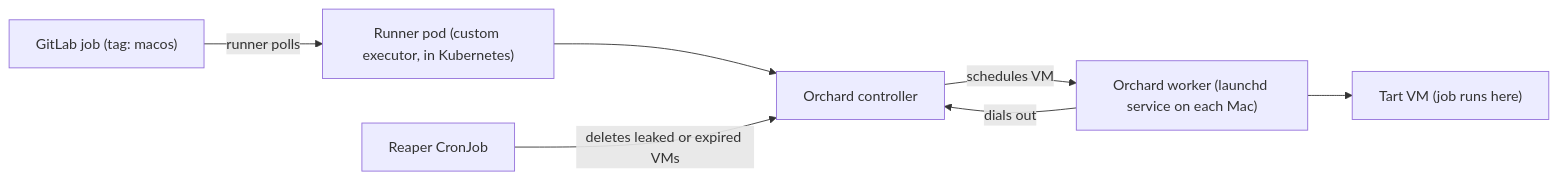
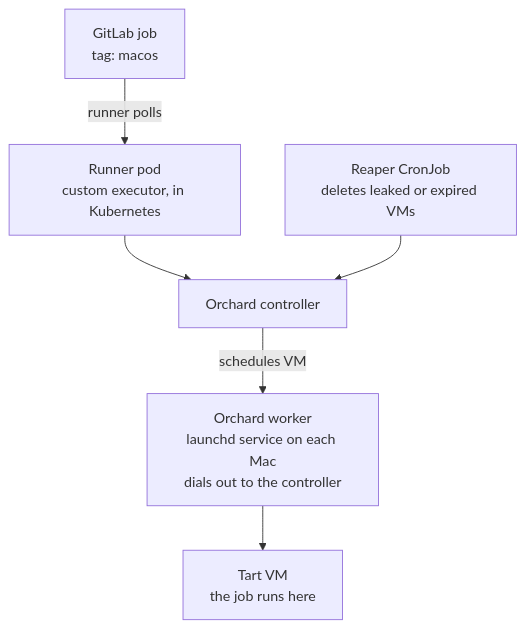
One commit to hairizuanbinnoorazman/blog changed the diagram in content/posts/20261104_macosGitlabRunnerWithOrchardAndTart.md. Above: the diagram before and after it, drawn with Mermaid.

Commit message:
blog: Make macOS runner diagram top-down so it renders larger

```diff
--- a/content/posts/20261104_macosGitlabRunnerWithOrchardAndTart.md
+++ b/content/posts/20261104_macosGitlabRunnerWithOrchardAndTart.md
@@ -31,9 +31,8 @@
 {{<mermaid>}}
-graph LR
-    A["GitLab job (tag: macos)"] -->|"runner polls"| B["Runner pod (custom executor, in Kubernetes)"]
+graph TD
+    A["GitLab job<br/>tag: macos"] -->|"runner polls"| B["Runner pod<br/>custom executor, in Kubernetes"]
     B --> C["Orchard controller"]
-    W["Orchard worker (launchd service on each Mac)"] -->|"dials out"| C
-    C -->|"schedules VM"| W
-    W --> V["Tart VM (job runs here)"]
-    R["Reaper CronJob"] -->|"deletes leaked or expired VMs"| C
+    R["Reaper CronJob<br/>deletes leaked or expired VMs"] --> C
+    C -->|"schedules VM"| W["Orchard worker<br/>launchd service on each Mac<br/>dials out to the controller"]
+    W --> V["Tart VM<br/>the job runs here"]
 {{</mermaid>}}
```
